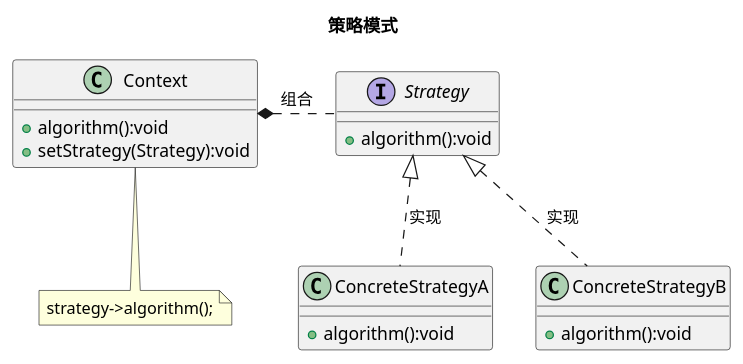
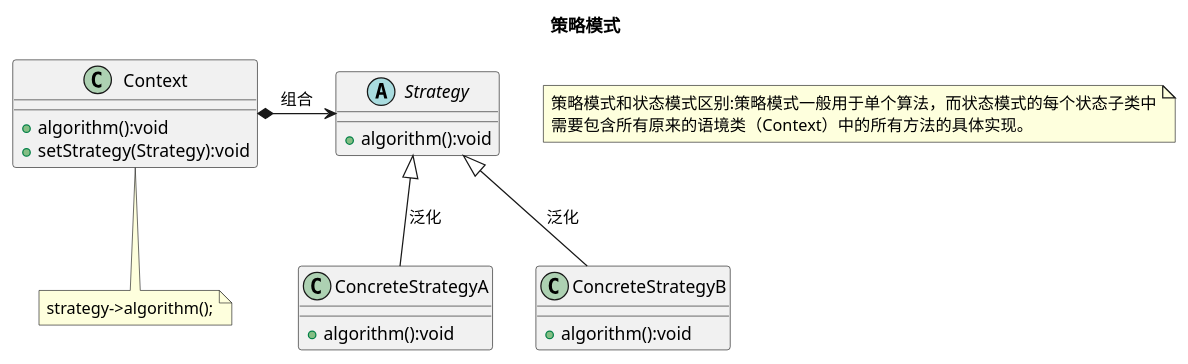
Before and after one commit to MikeWrong/uml: the diagram in 行为型模式/策略模式.puml, drawn with PlantUML. The commit also changed 4 other files, not shown here.

```diff
--- a/行为型模式/策略模式.puml
+++ b/行为型模式/策略模式.puml
@@ -1,29 +1,32 @@
 @startuml
 title:策略模式
 
 /'环境类(Context)：一个 ConcreteStrategy 对象来配置。维护一个对 Strategy 对象的引用。可定义一个接口来让 Strategy 访问它的数据。'/
 class Context{
 +algorithm():void
 +setStrategy(Strategy):void
 }
 note bottom:strategy->algorithm();
 
 /'抽象策略类(Strategy)：定义所有支持的算法的公共接口。 Context 使用这个接口来调用某 ConcreteStrategy 定义的算法。'/
-interface Strategy{
+abstract class Strategy{
 +algorithm():void
 }
 
 /'具体策略类(ConcreteStrategy)：以 Strategy 接口实现某具体算法。'/
 class ConcreteStrategyA{
 +algorithm():void
 }
 
 class ConcreteStrategyB{
 +algorithm():void
 }
 
-Strategy<|..ConcreteStrategyA:实现
-Strategy<|..ConcreteStrategyB:实现
+Strategy<|--ConcreteStrategyA:泛化
+Strategy<|--ConcreteStrategyB:泛化
 
-Context*.ri.Strategy:组合
+Context*-ri->Strategy:组合
+
+note "策略模式和状态模式区别:策略模式一般用于单个算法，而状态模式的每个状态子类中\n需要包含所有原来的语境类（Context）中的所有方法的具体实现。" as 区别
+
 @enduml
```
